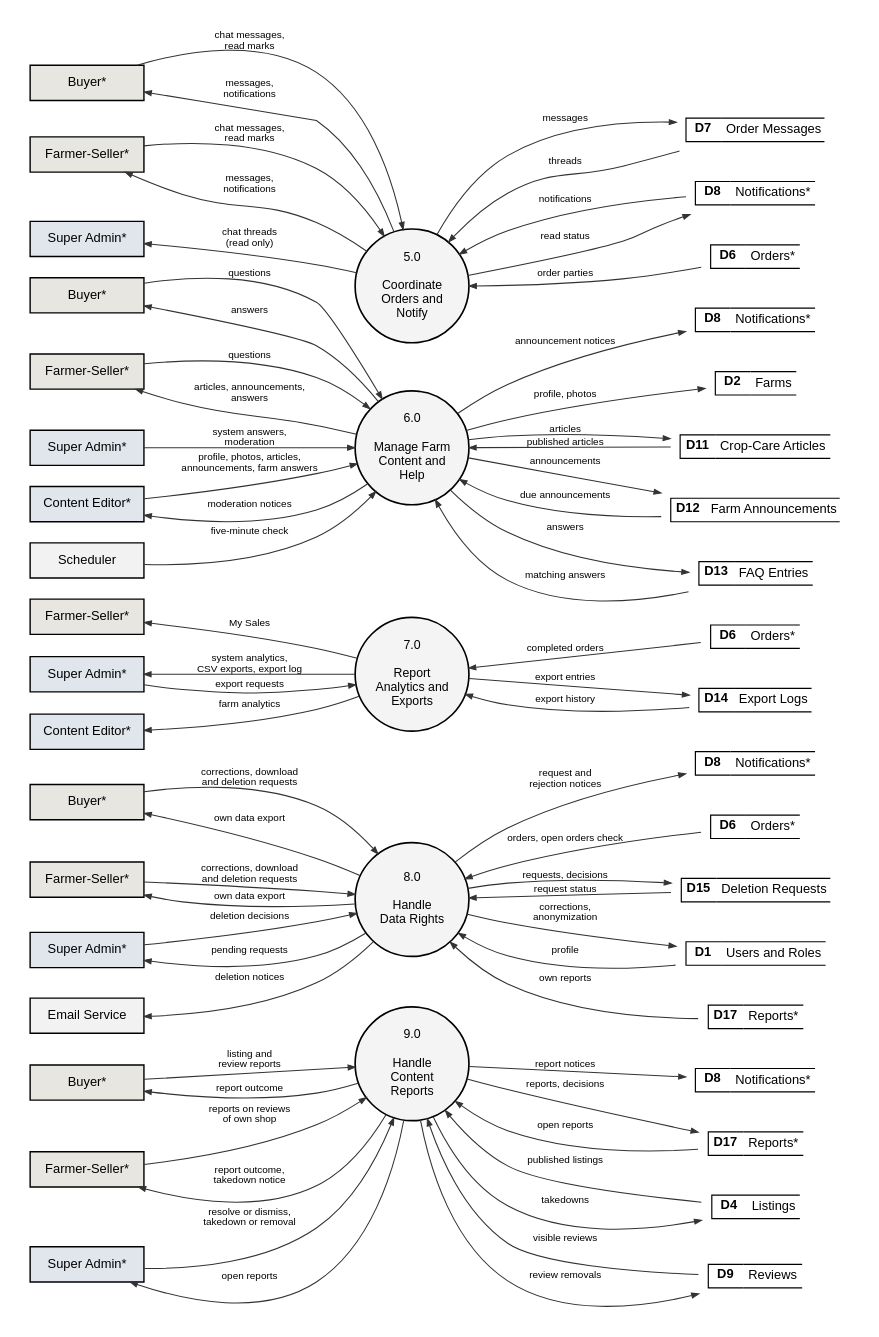
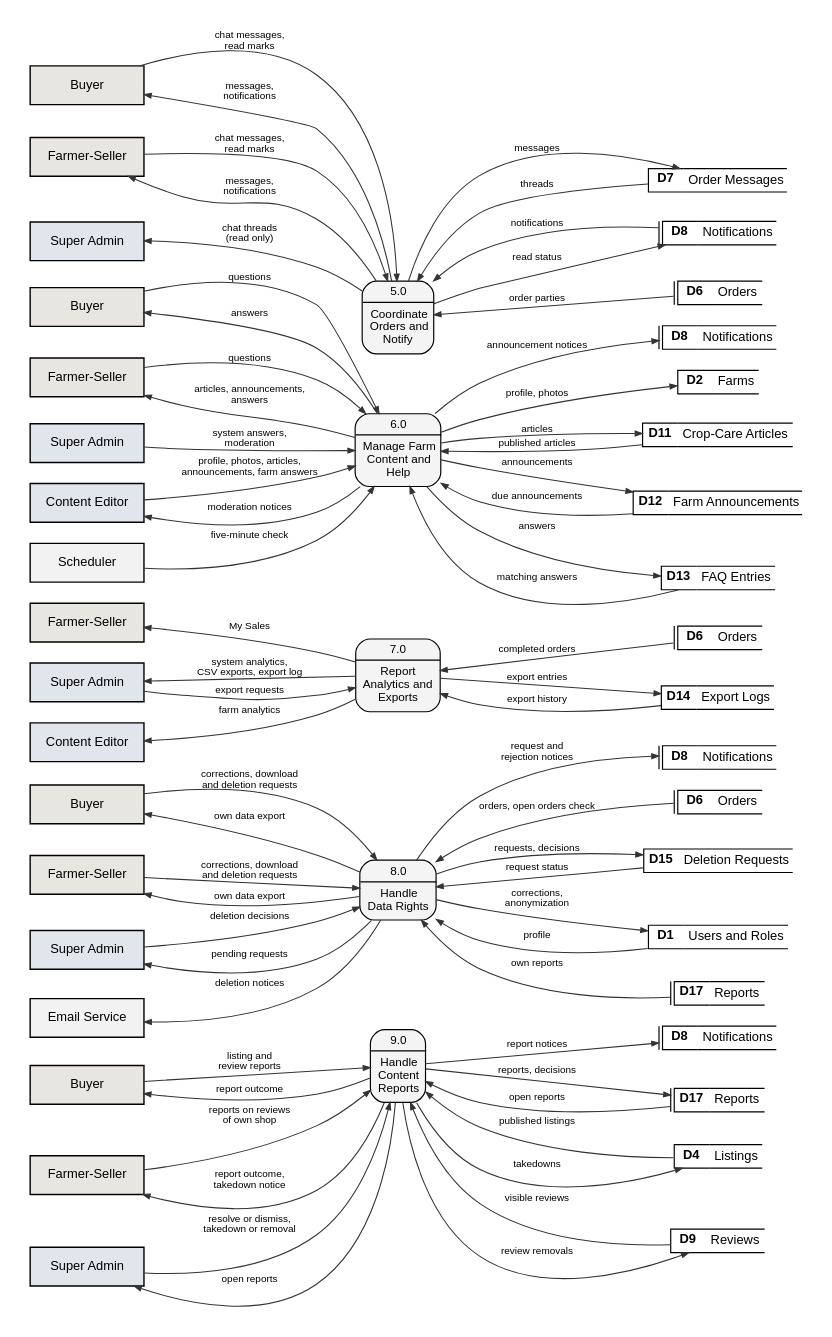
The diagram in docs/manuscript/figures/src/fig6_1b_dfd_level1.dot (shawncastaneda11-commits/anihow-backend), drawn with Graphviz before and after one commit. The commit also changed 39 other files, not shown here.

```diff
--- a/docs/manuscript/figures/src/fig6_1b_dfd_level1.dot
+++ b/docs/manuscript/figures/src/fig6_1b_dfd_level1.dot
@@ -3,48 +3,48 @@
   graph [rankdir=LR, nodesep=0.25, ranksep=0.9, pad=0.25, fontname="Liberation Sans", newrank=true];
   node  [fontname="Liberation Sans", fontsize=11];
   edge  [penwidth=0.9, arrowsize=0.6, color="#333333", fontname="Liberation Sans", fontsize=8.5];
-  p5 [shape=circle, style=filled, fillcolor="#F4F4F4", penwidth=1.4, fixedsize=true, width=1.35, fontsize=10.5, label="5.0\n\nCoordinate\nOrders and\nNotify"];
-  by_p5 [shape=box, style=filled, fillcolor="#E8E6E0", penwidth=1.2, width=1.35, height=0.42, label="Buyer*"];
-  fs_p5 [shape=box, style=filled, fillcolor="#E8E6E0", penwidth=1.2, width=1.35, height=0.42, label="Farmer-Seller*"];
-  sa_p5 [shape=box, style=filled, fillcolor="#E1E6ED", penwidth=1.2, width=1.35, height=0.42, label="Super Admin*"];
-  D7_p5 [shape=plaintext, label=<<TABLE BORDER="0" CELLBORDER="1" CELLSPACING="0" CELLPADDING="3"><TR><TD SIDES="TBL" WIDTH="30"><B>D7</B></TD><TD SIDES="TB" ALIGN="LEFT">Order Messages</TD></TR></TABLE>>];
-  D8_p5 [shape=plaintext, label=<<TABLE BORDER="0" CELLBORDER="1" CELLSPACING="0" CELLPADDING="3"><TR><TD SIDES="TBL" WIDTH="30"><B>D8</B></TD><TD SIDES="TB" ALIGN="LEFT">Notifications*</TD></TR></TABLE>>];
-  D6_p5 [shape=plaintext, label=<<TABLE BORDER="0" CELLBORDER="1" CELLSPACING="0" CELLPADDING="3"><TR><TD SIDES="TBL" WIDTH="30"><B>D6</B></TD><TD SIDES="TB" ALIGN="LEFT">Orders*</TD></TR></TABLE>>];
-  p6 [shape=circle, style=filled, fillcolor="#F4F4F4", penwidth=1.4, fixedsize=true, width=1.35, fontsize=10.5, label="6.0\n\nManage Farm\nContent and\nHelp"];
-  by_p6 [shape=box, style=filled, fillcolor="#E8E6E0", penwidth=1.2, width=1.35, height=0.42, label="Buyer*"];
-  fs_p6 [shape=box, style=filled, fillcolor="#E8E6E0", penwidth=1.2, width=1.35, height=0.42, label="Farmer-Seller*"];
-  sa_p6 [shape=box, style=filled, fillcolor="#E1E6ED", penwidth=1.2, width=1.35, height=0.42, label="Super Admin*"];
-  D8_p6 [shape=plaintext, label=<<TABLE BORDER="0" CELLBORDER="1" CELLSPACING="0" CELLPADDING="3"><TR><TD SIDES="TBL" WIDTH="30"><B>D8</B></TD><TD SIDES="TB" ALIGN="LEFT">Notifications*</TD></TR></TABLE>>];
-  ce_p6 [shape=box, style=filled, fillcolor="#E1E6ED", penwidth=1.2, width=1.35, height=0.42, label="Content Editor*"];
-  sch_p6 [shape=box, style=filled, fillcolor="#F2F2F2", penwidth=1.2, width=1.35, height=0.42, label="Scheduler"];
-  D2_p6 [shape=plaintext, label=<<TABLE BORDER="0" CELLBORDER="1" CELLSPACING="0" CELLPADDING="3"><TR><TD SIDES="TBL" WIDTH="30"><B>D2</B></TD><TD SIDES="TB" ALIGN="LEFT">Farms</TD></TR></TABLE>>];
-  D11_p6 [shape=plaintext, label=<<TABLE BORDER="0" CELLBORDER="1" CELLSPACING="0" CELLPADDING="3"><TR><TD SIDES="TBL" WIDTH="30"><B>D11</B></TD><TD SIDES="TB" ALIGN="LEFT">Crop-Care Articles</TD></TR></TABLE>>];
-  D12_p6 [shape=plaintext, label=<<TABLE BORDER="0" CELLBORDER="1" CELLSPACING="0" CELLPADDING="3"><TR><TD SIDES="TBL" WIDTH="30"><B>D12</B></TD><TD SIDES="TB" ALIGN="LEFT">Farm Announcements</TD></TR></TABLE>>];
-  D13_p6 [shape=plaintext, label=<<TABLE BORDER="0" CELLBORDER="1" CELLSPACING="0" CELLPADDING="3"><TR><TD SIDES="TBL" WIDTH="30"><B>D13</B></TD><TD SIDES="TB" ALIGN="LEFT">FAQ Entries</TD></TR></TABLE>>];
-  p7 [shape=circle, style=filled, fillcolor="#F4F4F4", penwidth=1.4, fixedsize=true, width=1.35, fontsize=10.5, label="7.0\n\nReport\nAnalytics and\nExports"];
-  fs_p7 [shape=box, style=filled, fillcolor="#E8E6E0", penwidth=1.2, width=1.35, height=0.42, label="Farmer-Seller*"];
-  sa_p7 [shape=box, style=filled, fillcolor="#E1E6ED", penwidth=1.2, width=1.35, height=0.42, label="Super Admin*"];
-  D6_p7 [shape=plaintext, label=<<TABLE BORDER="0" CELLBORDER="1" CELLSPACING="0" CELLPADDING="3"><TR><TD SIDES="TBL" WIDTH="30"><B>D6</B></TD><TD SIDES="TB" ALIGN="LEFT">Orders*</TD></TR></TABLE>>];
-  ce_p7 [shape=box, style=filled, fillcolor="#E1E6ED", penwidth=1.2, width=1.35, height=0.42, label="Content Editor*"];
-  D14_p7 [shape=plaintext, label=<<TABLE BORDER="0" CELLBORDER="1" CELLSPACING="0" CELLPADDING="3"><TR><TD SIDES="TBL" WIDTH="30"><B>D14</B></TD><TD SIDES="TB" ALIGN="LEFT">Export Logs</TD></TR></TABLE>>];
-  p8 [shape=circle, style=filled, fillcolor="#F4F4F4", penwidth=1.4, fixedsize=true, width=1.35, fontsize=10.5, label="8.0\n\nHandle\nData Rights"];
-  by_p8 [shape=box, style=filled, fillcolor="#E8E6E0", penwidth=1.2, width=1.35, height=0.42, label="Buyer*"];
-  fs_p8 [shape=box, style=filled, fillcolor="#E8E6E0", penwidth=1.2, width=1.35, height=0.42, label="Farmer-Seller*"];
-  sa_p8 [shape=box, style=filled, fillcolor="#E1E6ED", penwidth=1.2, width=1.35, height=0.42, label="Super Admin*"];
-  D8_p8 [shape=plaintext, label=<<TABLE BORDER="0" CELLBORDER="1" CELLSPACING="0" CELLPADDING="3"><TR><TD SIDES="TBL" WIDTH="30"><B>D8</B></TD><TD SIDES="TB" ALIGN="LEFT">Notifications*</TD></TR></TABLE>>];
-  D6_p8 [shape=plaintext, label=<<TABLE BORDER="0" CELLBORDER="1" CELLSPACING="0" CELLPADDING="3"><TR><TD SIDES="TBL" WIDTH="30"><B>D6</B></TD><TD SIDES="TB" ALIGN="LEFT">Orders*</TD></TR></TABLE>>];
-  D15_p8 [shape=plaintext, label=<<TABLE BORDER="0" CELLBORDER="1" CELLSPACING="0" CELLPADDING="3"><TR><TD SIDES="TBL" WIDTH="30"><B>D15</B></TD><TD SIDES="TB" ALIGN="LEFT">Deletion Requests</TD></TR></TABLE>>];
-  D1_p8 [shape=plaintext, label=<<TABLE BORDER="0" CELLBORDER="1" CELLSPACING="0" CELLPADDING="3"><TR><TD SIDES="TBL" WIDTH="30"><B>D1</B></TD><TD SIDES="TB" ALIGN="LEFT">Users and Roles</TD></TR></TABLE>>];
-  D17_p8 [shape=plaintext, label=<<TABLE BORDER="0" CELLBORDER="1" CELLSPACING="0" CELLPADDING="3"><TR><TD SIDES="TBL" WIDTH="30"><B>D17</B></TD><TD SIDES="TB" ALIGN="LEFT">Reports*</TD></TR></TABLE>>];
-  em_p8 [shape=box, style=filled, fillcolor="#F2F2F2", penwidth=1.2, width=1.35, height=0.42, label="Email Service"];
-  p9 [shape=circle, style=filled, fillcolor="#F4F4F4", penwidth=1.4, fixedsize=true, width=1.35, fontsize=10.5, label="9.0\n\nHandle\nContent\nReports"];
-  by_p9 [shape=box, style=filled, fillcolor="#E8E6E0", penwidth=1.2, width=1.35, height=0.42, label="Buyer*"];
-  fs_p9 [shape=box, style=filled, fillcolor="#E8E6E0", penwidth=1.2, width=1.35, height=0.42, label="Farmer-Seller*"];
-  sa_p9 [shape=box, style=filled, fillcolor="#E1E6ED", penwidth=1.2, width=1.35, height=0.42, label="Super Admin*"];
-  D8_p9 [shape=plaintext, label=<<TABLE BORDER="0" CELLBORDER="1" CELLSPACING="0" CELLPADDING="3"><TR><TD SIDES="TBL" WIDTH="30"><B>D8</B></TD><TD SIDES="TB" ALIGN="LEFT">Notifications*</TD></TR></TABLE>>];
-  D17_p9 [shape=plaintext, label=<<TABLE BORDER="0" CELLBORDER="1" CELLSPACING="0" CELLPADDING="3"><TR><TD SIDES="TBL" WIDTH="30"><B>D17</B></TD><TD SIDES="TB" ALIGN="LEFT">Reports*</TD></TR></TABLE>>];
-  D4_p9 [shape=plaintext, label=<<TABLE BORDER="0" CELLBORDER="1" CELLSPACING="0" CELLPADDING="3"><TR><TD SIDES="TBL" WIDTH="30"><B>D4</B></TD><TD SIDES="TB" ALIGN="LEFT">Listings</TD></TR></TABLE>>];
-  D9_p9 [shape=plaintext, label=<<TABLE BORDER="0" CELLBORDER="1" CELLSPACING="0" CELLPADDING="3"><TR><TD SIDES="TBL" WIDTH="30"><B>D9</B></TD><TD SIDES="TB" ALIGN="LEFT">Reviews</TD></TR></TABLE>>];
+  p5 [shape=plaintext, margin=0, width=0, height=0, label=<<TABLE STYLE="ROUNDED" BORDER="1" CELLBORDER="0" CELLSPACING="0" CELLPADDING="3" BGCOLOR="#F4F4F4"><TR><TD><FONT POINT-SIZE="10.5">5.0</FONT></TD></TR><HR/><TR><TD CELLPADDING="5"><FONT POINT-SIZE="10.5">Coordinate<BR/>Orders and<BR/>Notify</FONT></TD></TR></TABLE>>];
+  by_p5 [shape=box, style=filled, fillcolor="#E8E6E0", penwidth=1.2, width=1.35, height=0.46, label="Buyer", comment="gsdup"];
+  fs_p5 [shape=box, style=filled, fillcolor="#E8E6E0", penwidth=1.2, width=1.35, height=0.46, label="Farmer-Seller", comment="gsdup"];
+  sa_p5 [shape=box, style=filled, fillcolor="#E1E6ED", penwidth=1.2, width=1.35, height=0.46, label="Super Admin", comment="gsdup"];
+  D7_p5 [shape=plaintext, margin=0, width=0, height=0, label=<<TABLE BORDER="0" CELLBORDER="1" CELLSPACING="0" CELLPADDING="3"><TR><TD SIDES="TBL" WIDTH="30"><B>D7</B></TD><TD SIDES="TB" ALIGN="LEFT">Order Messages</TD></TR></TABLE>>];
+  D8_p5 [shape=plaintext, margin=0, width=0, height=0, label=<<TABLE BORDER="0" CELLBORDER="1" CELLSPACING="0" CELLPADDING="3"><TR><TD SIDES="L" WIDTH="3" CELLPADDING="0"></TD><TD SIDES="TBL" WIDTH="30"><B>D8</B></TD><TD SIDES="TB" ALIGN="LEFT">Notifications</TD></TR></TABLE>>];
+  D6_p5 [shape=plaintext, margin=0, width=0, height=0, label=<<TABLE BORDER="0" CELLBORDER="1" CELLSPACING="0" CELLPADDING="3"><TR><TD SIDES="L" WIDTH="3" CELLPADDING="0"></TD><TD SIDES="TBL" WIDTH="30"><B>D6</B></TD><TD SIDES="TB" ALIGN="LEFT">Orders</TD></TR></TABLE>>];
+  p6 [shape=plaintext, margin=0, width=0, height=0, label=<<TABLE STYLE="ROUNDED" BORDER="1" CELLBORDER="0" CELLSPACING="0" CELLPADDING="3" BGCOLOR="#F4F4F4"><TR><TD><FONT POINT-SIZE="10.5">6.0</FONT></TD></TR><HR/><TR><TD CELLPADDING="5"><FONT POINT-SIZE="10.5">Manage Farm<BR/>Content and<BR/>Help</FONT></TD></TR></TABLE>>];
+  by_p6 [shape=box, style=filled, fillcolor="#E8E6E0", penwidth=1.2, width=1.35, height=0.46, label="Buyer", comment="gsdup"];
+  fs_p6 [shape=box, style=filled, fillcolor="#E8E6E0", penwidth=1.2, width=1.35, height=0.46, label="Farmer-Seller", comment="gsdup"];
+  sa_p6 [shape=box, style=filled, fillcolor="#E1E6ED", penwidth=1.2, width=1.35, height=0.46, label="Super Admin", comment="gsdup"];
+  D8_p6 [shape=plaintext, margin=0, width=0, height=0, label=<<TABLE BORDER="0" CELLBORDER="1" CELLSPACING="0" CELLPADDING="3"><TR><TD SIDES="L" WIDTH="3" CELLPADDING="0"></TD><TD SIDES="TBL" WIDTH="30"><B>D8</B></TD><TD SIDES="TB" ALIGN="LEFT">Notifications</TD></TR></TABLE>>];
+  ce_p6 [shape=box, style=filled, fillcolor="#E1E6ED", penwidth=1.2, width=1.35, height=0.46, label="Content Editor", comment="gsdup"];
+  sch_p6 [shape=box, style=filled, fillcolor="#F2F2F2", penwidth=1.2, width=1.35, height=0.46, label="Scheduler"];
+  D2_p6 [shape=plaintext, margin=0, width=0, height=0, label=<<TABLE BORDER="0" CELLBORDER="1" CELLSPACING="0" CELLPADDING="3"><TR><TD SIDES="TBL" WIDTH="30"><B>D2</B></TD><TD SIDES="TB" ALIGN="LEFT">Farms</TD></TR></TABLE>>];
+  D11_p6 [shape=plaintext, margin=0, width=0, height=0, label=<<TABLE BORDER="0" CELLBORDER="1" CELLSPACING="0" CELLPADDING="3"><TR><TD SIDES="TBL" WIDTH="30"><B>D11</B></TD><TD SIDES="TB" ALIGN="LEFT">Crop-Care Articles</TD></TR></TABLE>>];
+  D12_p6 [shape=plaintext, margin=0, width=0, height=0, label=<<TABLE BORDER="0" CELLBORDER="1" CELLSPACING="0" CELLPADDING="3"><TR><TD SIDES="TBL" WIDTH="30"><B>D12</B></TD><TD SIDES="TB" ALIGN="LEFT">Farm Announcements</TD></TR></TABLE>>];
+  D13_p6 [shape=plaintext, margin=0, width=0, height=0, label=<<TABLE BORDER="0" CELLBORDER="1" CELLSPACING="0" CELLPADDING="3"><TR><TD SIDES="TBL" WIDTH="30"><B>D13</B></TD><TD SIDES="TB" ALIGN="LEFT">FAQ Entries</TD></TR></TABLE>>];
+  p7 [shape=plaintext, margin=0, width=0, height=0, label=<<TABLE STYLE="ROUNDED" BORDER="1" CELLBORDER="0" CELLSPACING="0" CELLPADDING="3" BGCOLOR="#F4F4F4"><TR><TD><FONT POINT-SIZE="10.5">7.0</FONT></TD></TR><HR/><TR><TD CELLPADDING="5"><FONT POINT-SIZE="10.5">Report<BR/>Analytics and<BR/>Exports</FONT></TD></TR></TABLE>>];
+  fs_p7 [shape=box, style=filled, fillcolor="#E8E6E0", penwidth=1.2, width=1.35, height=0.46, label="Farmer-Seller", comment="gsdup"];
+  sa_p7 [shape=box, style=filled, fillcolor="#E1E6ED", penwidth=1.2, width=1.35, height=0.46, label="Super Admin", comment="gsdup"];
+  D6_p7 [shape=plaintext, margin=0, width=0, height=0, label=<<TABLE BORDER="0" CELLBORDER="1" CELLSPACING="0" CELLPADDING="3"><TR><TD SIDES="L" WIDTH="3" CELLPADDING="0"></TD><TD SIDES="TBL" WIDTH="30"><B>D6</B></TD><TD SIDES="TB" ALIGN="LEFT">Orders</TD></TR></TABLE>>];
+  ce_p7 [shape=box, style=filled, fillcolor="#E1E6ED", penwidth=1.2, width=1.35, height=0.46, label="Content Editor", comment="gsdup"];
+  D14_p7 [shape=plaintext, margin=0, width=0, height=0, label=<<TABLE BORDER="0" CELLBORDER="1" CELLSPACING="0" CELLPADDING="3"><TR><TD SIDES="TBL" WIDTH="30"><B>D14</B></TD><TD SIDES="TB" ALIGN="LEFT">Export Logs</TD></TR></TABLE>>];
+  p8 [shape=plaintext, margin=0, width=0, height=0, label=<<TABLE STYLE="ROUNDED" BORDER="1" CELLBORDER="0" CELLSPACING="0" CELLPADDING="3" BGCOLOR="#F4F4F4"><TR><TD><FONT POINT-SIZE="10.5">8.0</FONT></TD></TR><HR/><TR><TD CELLPADDING="5"><FONT POINT-SIZE="10.5">Handle<BR/>Data Rights</FONT></TD></TR></TABLE>>];
+  by_p8 [shape=box, style=filled, fillcolor="#E8E6E0", penwidth=1.2, width=1.35, height=0.46, label="Buyer", comment="gsdup"];
+  fs_p8 [shape=box, style=filled, fillcolor="#E8E6E0", penwidth=1.2, width=1.35, height=0.46, label="Farmer-Seller", comment="gsdup"];
+  sa_p8 [shape=box, style=filled, fillcolor="#E1E6ED", penwidth=1.2, width=1.35, height=0.46, label="Super Admin", comment="gsdup"];
+  D8_p8 [shape=plaintext, margin=0, width=0, height=0, label=<<TABLE BORDER="0" CELLBORDER="1" CELLSPACING="0" CELLPADDING="3"><TR><TD SIDES="L" WIDTH="3" CELLPADDING="0"></TD><TD SIDES="TBL" WIDTH="30"><B>D8</B></TD><TD SIDES="TB" ALIGN="LEFT">Notifications</TD></TR></TABLE>>];
+  D6_p8 [shape=plaintext, margin=0, width=0, height=0, label=<<TABLE BORDER="0" CELLBORDER="1" CELLSPACING="0" CELLPADDING="3"><TR><TD SIDES="L" WIDTH="3" CELLPADDING="0"></TD><TD SIDES="TBL" WIDTH="30"><B>D6</B></TD><TD SIDES="TB" ALIGN="LEFT">Orders</TD></TR></TABLE>>];
+  D15_p8 [shape=plaintext, margin=0, width=0, height=0, label=<<TABLE BORDER="0" CELLBORDER="1" CELLSPACING="0" CELLPADDING="3"><TR><TD SIDES="TBL" WIDTH="30"><B>D15</B></TD><TD SIDES="TB" ALIGN="LEFT">Deletion Requests</TD></TR></TABLE>>];
+  D1_p8 [shape=plaintext, margin=0, width=0, height=0, label=<<TABLE BORDER="0" CELLBORDER="1" CELLSPACING="0" CELLPADDING="3"><TR><TD SIDES="TBL" WIDTH="30"><B>D1</B></TD><TD SIDES="TB" ALIGN="LEFT">Users and Roles</TD></TR></TABLE>>];
+  D17_p8 [shape=plaintext, margin=0, width=0, height=0, label=<<TABLE BORDER="0" CELLBORDER="1" CELLSPACING="0" CELLPADDING="3"><TR><TD SIDES="L" WIDTH="3" CELLPADDING="0"></TD><TD SIDES="TBL" WIDTH="30"><B>D17</B></TD><TD SIDES="TB" ALIGN="LEFT">Reports</TD></TR></TABLE>>];
+  em_p8 [shape=box, style=filled, fillcolor="#F2F2F2", penwidth=1.2, width=1.35, height=0.46, label="Email Service"];
+  p9 [shape=plaintext, margin=0, width=0, height=0, label=<<TABLE STYLE="ROUNDED" BORDER="1" CELLBORDER="0" CELLSPACING="0" CELLPADDING="3" BGCOLOR="#F4F4F4"><TR><TD><FONT POINT-SIZE="10.5">9.0</FONT></TD></TR><HR/><TR><TD CELLPADDING="5"><FONT POINT-SIZE="10.5">Handle<BR/>Content<BR/>Reports</FONT></TD></TR></TABLE>>];
+  by_p9 [shape=box, style=filled, fillcolor="#E8E6E0", penwidth=1.2, width=1.35, height=0.46, label="Buyer", comment="gsdup"];
+  fs_p9 [shape=box, style=filled, fillcolor="#E8E6E0", penwidth=1.2, width=1.35, height=0.46, label="Farmer-Seller", comment="gsdup"];
+  sa_p9 [shape=box, style=filled, fillcolor="#E1E6ED", penwidth=1.2, width=1.35, height=0.46, label="Super Admin", comment="gsdup"];
+  D8_p9 [shape=plaintext, margin=0, width=0, height=0, label=<<TABLE BORDER="0" CELLBORDER="1" CELLSPACING="0" CELLPADDING="3"><TR><TD SIDES="L" WIDTH="3" CELLPADDING="0"></TD><TD SIDES="TBL" WIDTH="30"><B>D8</B></TD><TD SIDES="TB" ALIGN="LEFT">Notifications</TD></TR></TABLE>>];
+  D17_p9 [shape=plaintext, margin=0, width=0, height=0, label=<<TABLE BORDER="0" CELLBORDER="1" CELLSPACING="0" CELLPADDING="3"><TR><TD SIDES="L" WIDTH="3" CELLPADDING="0"></TD><TD SIDES="TBL" WIDTH="30"><B>D17</B></TD><TD SIDES="TB" ALIGN="LEFT">Reports</TD></TR></TABLE>>];
+  D4_p9 [shape=plaintext, margin=0, width=0, height=0, label=<<TABLE BORDER="0" CELLBORDER="1" CELLSPACING="0" CELLPADDING="3"><TR><TD SIDES="TBL" WIDTH="30"><B>D4</B></TD><TD SIDES="TB" ALIGN="LEFT">Listings</TD></TR></TABLE>>];
+  D9_p9 [shape=plaintext, margin=0, width=0, height=0, label=<<TABLE BORDER="0" CELLBORDER="1" CELLSPACING="0" CELLPADDING="3"><TR><TD SIDES="TBL" WIDTH="30"><B>D9</B></TD><TD SIDES="TB" ALIGN="LEFT">Reviews</TD></TR></TABLE>>];
   by_p5 -> p5 [label="chat messages,\nread marks"];
   fs_p5 -> p5 [label="chat messages,\nread marks"];
   by_p5 -> p5 [label="messages,\nnotifications", dir=back];
```
